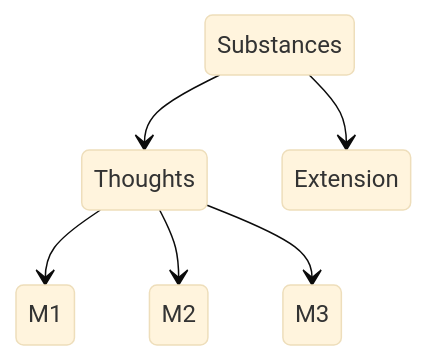
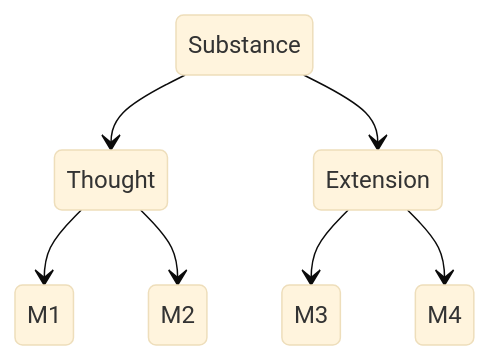
One commit to aarnphm/aarnphm.github.io changed the diagram in content/thoughts/university/twenty-three-twenty-four/philo-1aa3/tut/Spinoza.md. Above: the diagram before and after it, drawn with Mermaid (base theme). The commit also changed other lines of this file and 9 other files, not shown here.

````diff
--- a/content/thoughts/university/twenty-three-twenty-four/philo-1aa3/tut/Spinoza.md
+++ b/content/thoughts/university/twenty-three-twenty-four/philo-1aa3/tut/Spinoza.md
@@ -25,14 +21,15 @@
 ```mermaid
 stateDiagram-v2
 
 
-state "Substances" as A
-state "Thoughts" as B
+state "Substance" as A
+state "Thought" as B
 state "Extension" as C
 
 A --> B
 A --> C
 B --> M1
 B --> M2
-B --> M3
+C --> M3
+C --> M4
 ```
````
